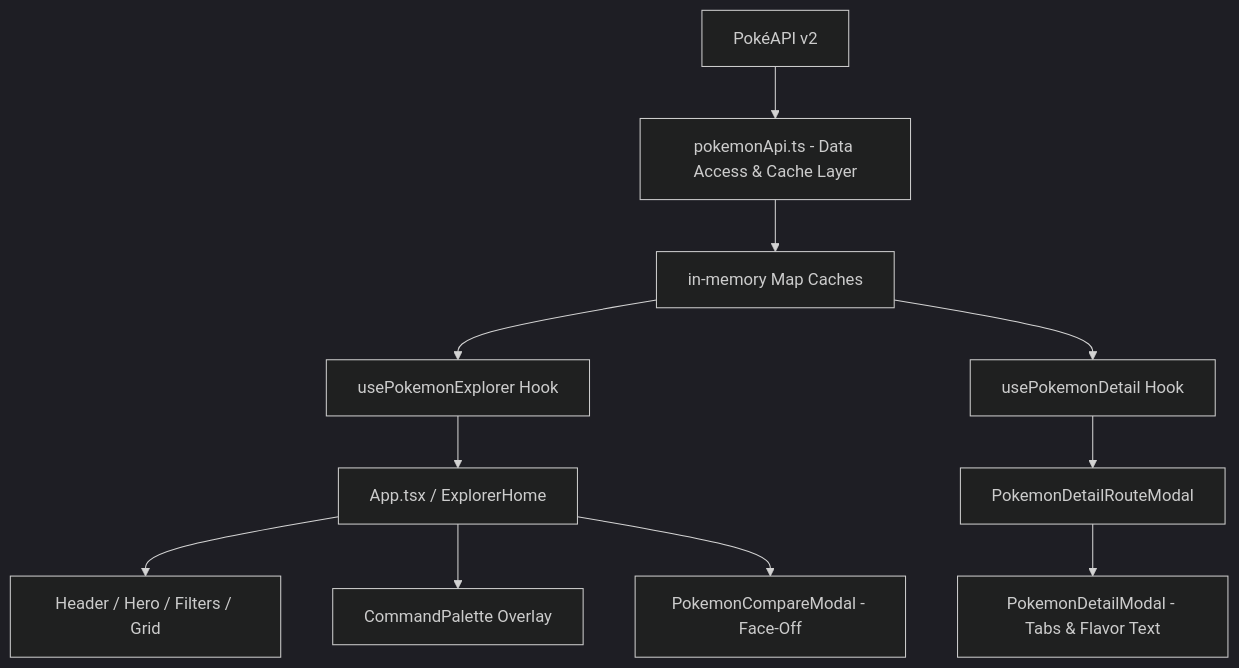
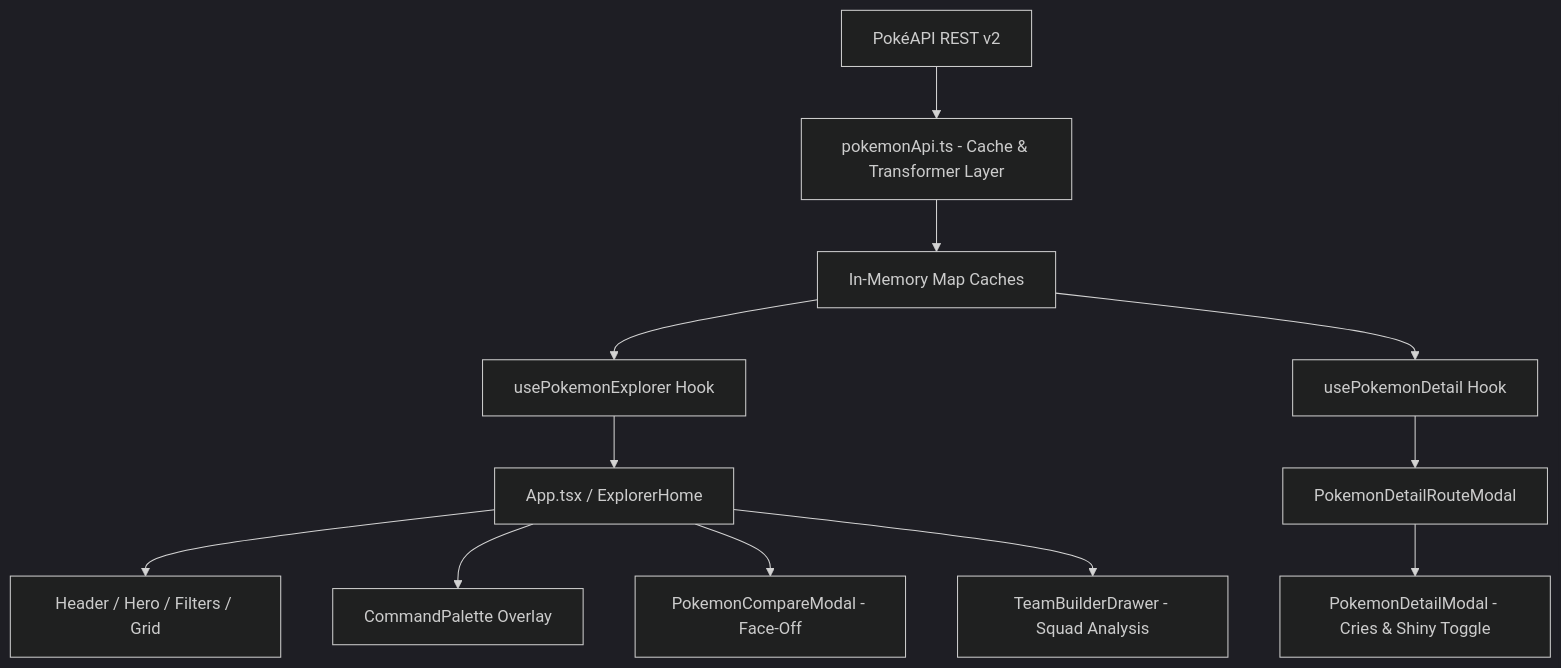
One commit to yash2595/Pokemon-Internship-Assessment- changed the diagram in README.md. Above: the diagram before and after it, drawn with Mermaid (dark theme). The commit also changed other lines of this file, not shown here.

````diff
--- a/README.md
+++ b/README.md
@@ -121,13 +147,14 @@
 ```mermaid
 graph TD
-    A[PokéAPI v2] --> B[pokemonApi.ts - Data Access & Cache Layer]
-    B --> C[in-memory Map Caches]
+    A[PokéAPI REST v2] --> B[pokemonApi.ts - Cache & Transformer Layer]
+    B --> C[In-Memory Map Caches]
     C --> D[usePokemonExplorer Hook]
     C --> E[usePokemonDetail Hook]
     D --> F[App.tsx / ExplorerHome]
     E --> G[PokemonDetailRouteModal]
     F --> H[Header / Hero / Filters / Grid]
     F --> I[CommandPalette Overlay]
     F --> J[PokemonCompareModal - Face-Off]
-    G --> K[PokemonDetailModal - Tabs & Flavor Text]
+    F --> L[TeamBuilderDrawer - Squad Analysis]
+    G --> K[PokemonDetailModal - Cries & Shiny Toggle]
 ```
````
